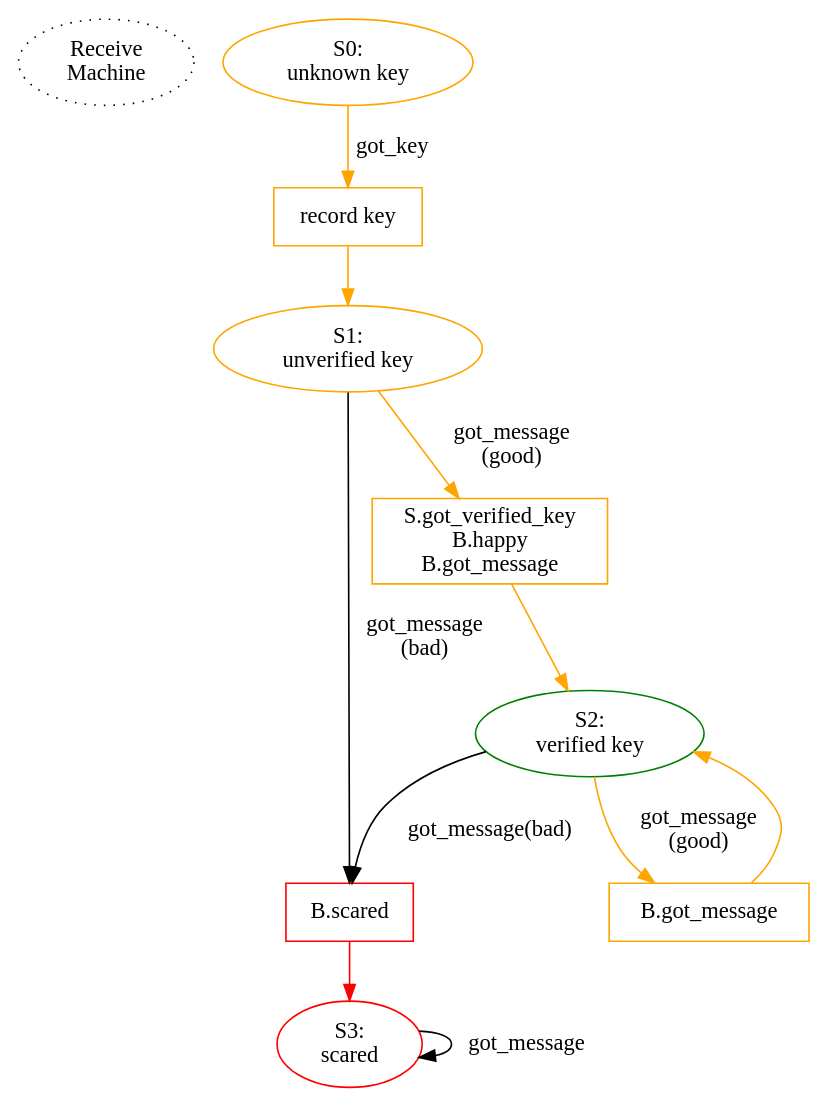
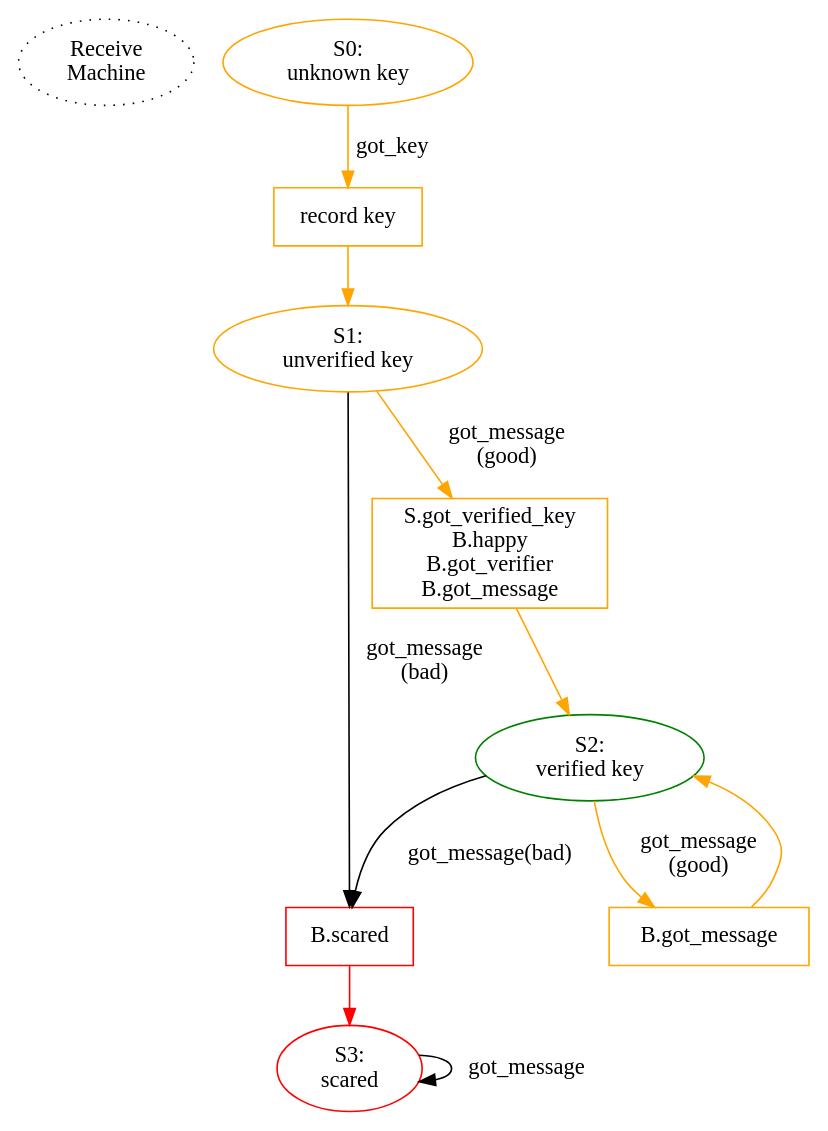
The diagram in docs/state-machines/receive.dot (magic-wormhole/magic-wormhole), drawn with Graphviz before and after one commit. The commit also changed 11 other files, not shown here.

```diff
--- a/docs/state-machines/receive.dot
+++ b/docs/state-machines/receive.dot
@@ -1,39 +1,39 @@
 digraph {
 
         /* could shave a RTT by committing to the nameplate early, before
         finishing the rest of the code input. While the user is still
         typing/completing the code, we claim the nameplate, open the mailbox,
         and retrieve the peer's PAKE message. Then as soon as the user
         finishes entering the code, we build our own PAKE message, send PAKE,
         compute the key, send VERSION. Starting from the Return, this saves
         two round trips. OTOH it adds consequences to hitting Tab. */
 
         start [label="Receive\nMachine" style="dotted"]
 
         S0 [label="S0:\nunknown key" color="orange"]
         S0 -> P0_got_key [label="got_key" color="orange"]
 
         P0_got_key [shape="box" label="record key" color="orange"]
         P0_got_key -> S1 [color="orange"]
 
         S1 [label="S1:\nunverified key" color="orange"]
         S1 -> P_mood_scary [label="got_message\n(bad)"]
         S1 -> P1_accept_msg [label="got_message\n(good)" color="orange"]
-        P1_accept_msg [shape="box" label="S.got_verified_key\nB.happy\nB.got_message"
+        P1_accept_msg [shape="box" label="S.got_verified_key\nB.happy\nB.got_verifier\nB.got_message"
                        color="orange"]
         P1_accept_msg -> S2 [color="orange"]
 
         S2 [label="S2:\nverified key" color="green"]
 
         S2 -> P2_accept_msg [label="got_message\n(good)" color="orange"]
         S2 -> P_mood_scary [label="got_message(bad)"]
 
         P2_accept_msg [label="B.got_message" shape="box" color="orange"]
         P2_accept_msg -> S2 [color="orange"]
 
         P_mood_scary [shape="box" label="B.scared" color="red"]
         P_mood_scary -> S3 [color="red"]
 
         S3 [label="S3:\nscared" color="red"]
         S3 -> S3 [label="got_message"]
 }
```
